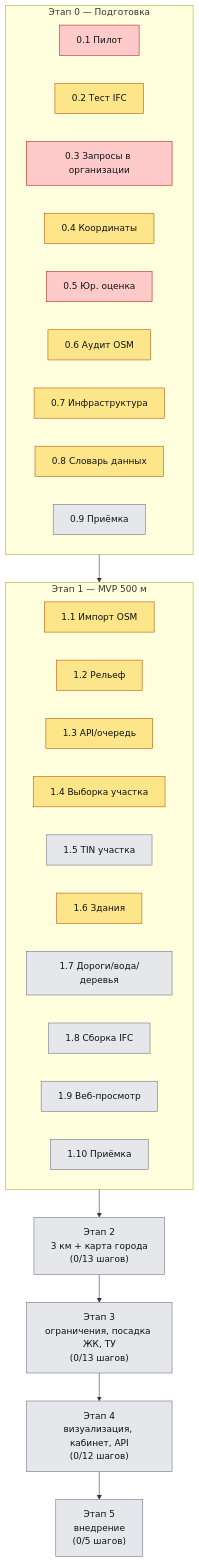
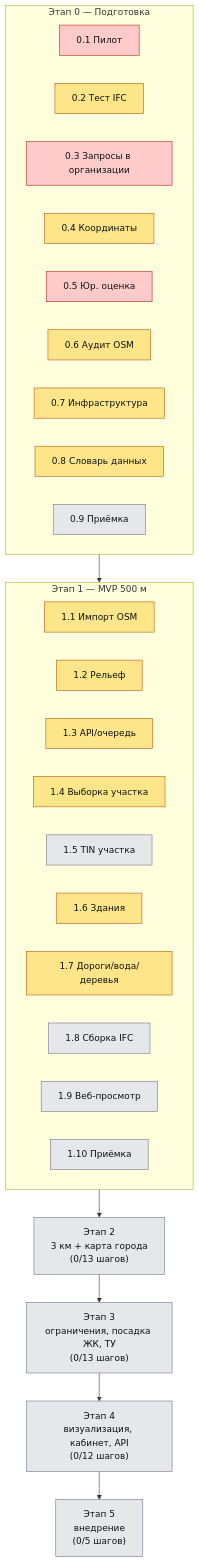
The diagram in docs/dev-tree.md (senkinegor1803-byte/Topology-), drawn with Mermaid before and after one commit. The commit also changed other lines of this file and 5 other files, not shown here.

First line of the commit message:
Этап 1, Шаг 1.7: дороги, вода, рельсы, деревья

````diff
--- a/docs/dev-tree.md
+++ b/docs/dev-tree.md
@@ -18,40 +18,40 @@
 ```mermaid
 flowchart TD
     subgraph E0["Этап 0 — Подготовка"]
         direction LR
         S01["0.1 Пилот"]:::blocked
         S02["0.2 Тест IFC"]:::partial
         S03["0.3 Запросы в организации"]:::blocked
         S04["0.4 Координаты"]:::partial
         S05["0.5 Юр. оценка"]:::blocked
         S06["0.6 Аудит OSM"]:::partial
         S07["0.7 Инфраструктура"]:::partial
         S08["0.8 Словарь данных"]:::partial
         S09["0.9 Приёмка"]:::notstarted
     end
 
     subgraph E1["Этап 1 — MVP 500 м"]
         direction LR
         S11["1.1 Импорт OSM"]:::partial
         S12["1.2 Рельеф"]:::partial
         S13["1.3 API/очередь"]:::partial
         S14["1.4 Выборка участка"]:::partial
         S15["1.5 TIN участка"]:::notstarted
         S16["1.6 Здания"]:::partial
-        S17["1.7 Дороги/вода/деревья"]:::notstarted
+        S17["1.7 Дороги/вода/деревья"]:::partial
         S18["1.8 Сборка IFC"]:::notstarted
         S19["1.9 Веб-просмотр"]:::notstarted
         S110["1.10 Приёмка"]:::notstarted
     end
 
     E2["Этап 2<br/>3 км + карта города<br/>(0/13 шагов)"]:::notstarted
     E3["Этап 3<br/>ограничения, посадка ЖК, ТУ<br/>(0/13 шагов)"]:::notstarted
     E4["Этап 4<br/>визуализация, кабинет, API<br/>(0/12 шагов)"]:::notstarted
     E5["Этап 5<br/>внедрение<br/>(0/5 шагов)"]:::notstarted
 
     E0 --> E1 --> E2 --> E3 --> E4 --> E5
 
     classDef partial fill:#fde68a,stroke:#b45309,color:#111;
     classDef blocked fill:#fecaca,stroke:#b91c1c,color:#111;
     classDef notstarted fill:#e5e7eb,stroke:#6b7280,color:#111;
 ```
````
